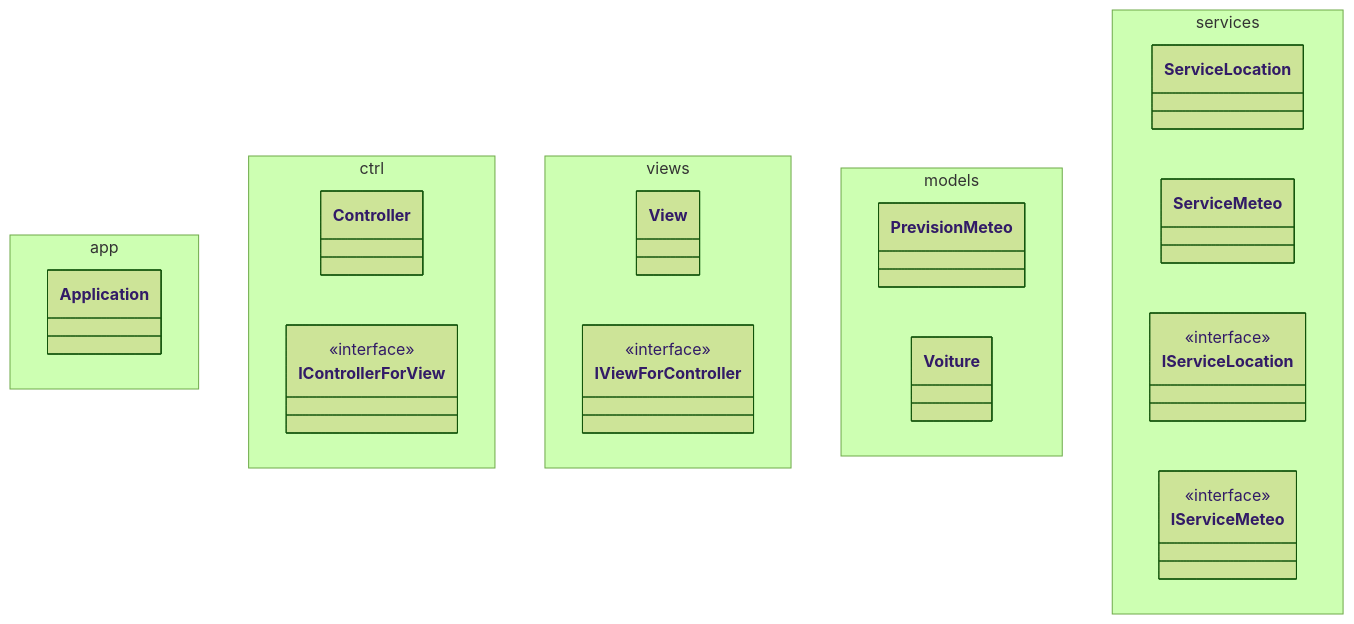
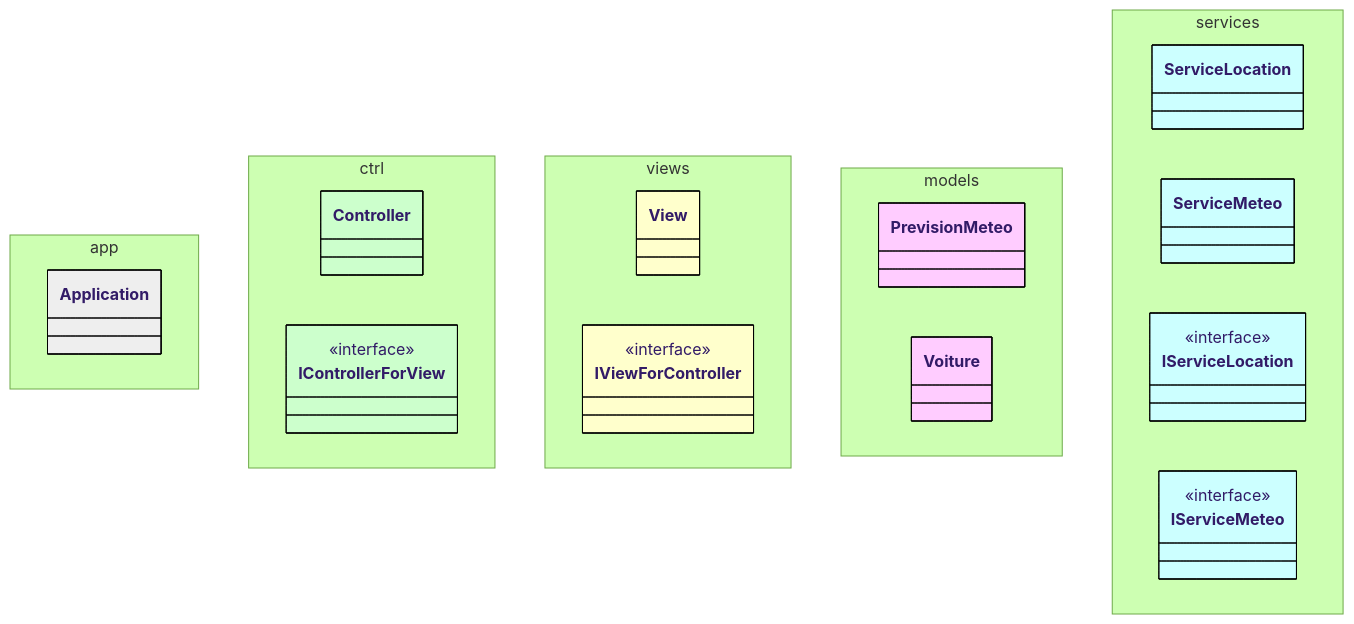
One commit to emf-info/MVC_FXML_320_JDK17LTS changed the first of 4 diagrams in README.md. Above: the diagram before and after it, drawn with Mermaid (forest theme). The commit also changed other lines of this file, not shown here.

Commit message:
Correction des couleurs dans les diagrammes de classe

````diff
--- a/README.md
+++ b/README.md
@@ -43,25 +43,38 @@
 ```mermaid
 classDiagram
 namespace app {
     class Application
 }
 namespace ctrl {
     class Controller
     class IControllerForView{ <<interface>> }
 }
 
 namespace views {
     class View
     class IViewForController{ <<interface>> }
 }
 namespace models {
     class PrevisionMeteo
     class Voiture
 }
 namespace services {
     class ServiceLocation
     class ServiceMeteo
     class IServiceLocation{ <<interface>> }
     class IServiceMeteo{ <<interface>> }
 }
+
+    style View fill:#ffffcc,stroke:#000,stroke-width:1px
+    style IViewForController fill:#ffffcc,stroke:#000,stroke-width:1px
+    style Controller fill:#ccffcc,stroke:#000,stroke-width:1px
+    style IControllerForView fill:#ccffcc,stroke:#000,stroke-width:1px
+    style ServiceMeteo fill:#ccffff,stroke:#000,stroke-width:1px
+    style ServiceLocation fill:#ccffff,stroke:#000,stroke-width:1px
+    style IServiceLocation fill:#ccffff,stroke:#000,stroke-width:1px
+    style IServiceMeteo fill:#ccffff,stroke:#000,stroke-width:1px
+    style PrevisionMeteo fill:#ffccff,stroke:#000,stroke-width:1px
+    style Voiture fill:#ffccff,stroke:#000,stroke-width:1px
+    style Application fill:#eeeeee,stroke:#000,stroke-width:1px
+
 ```
````
